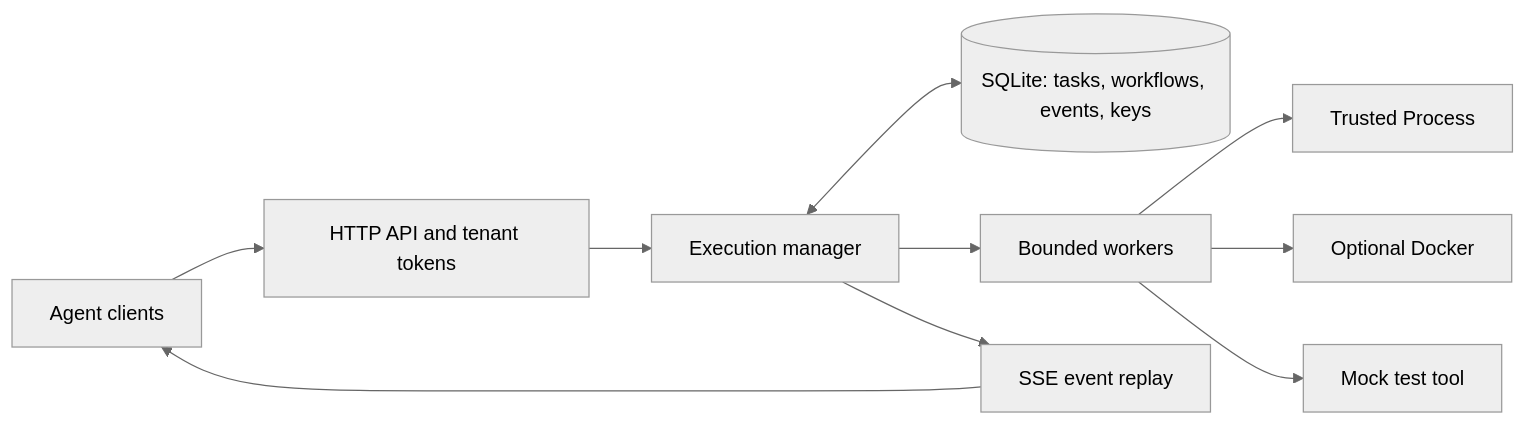
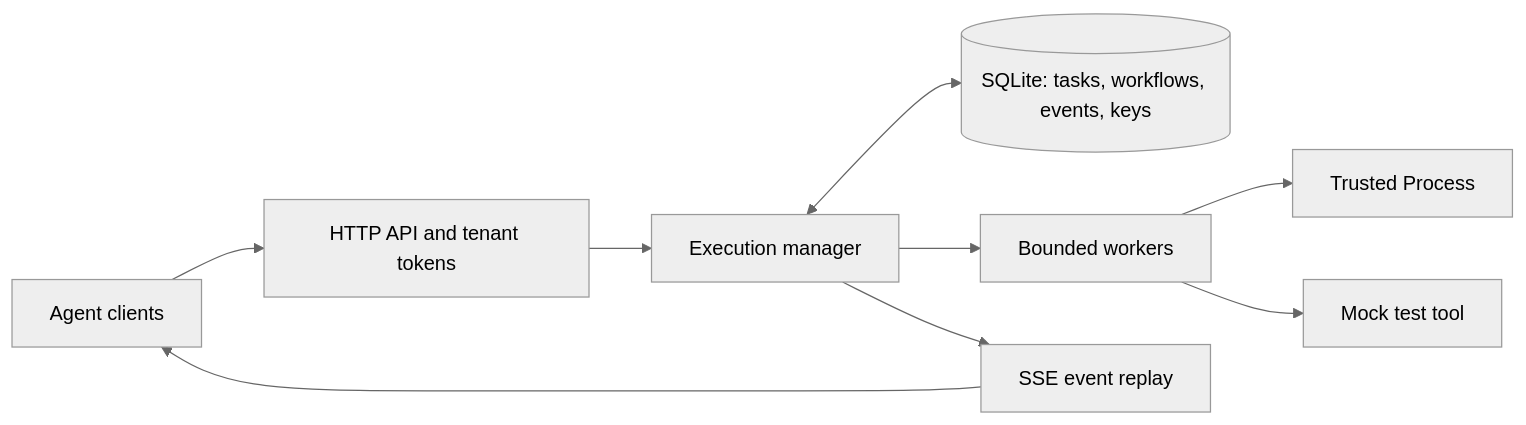
Before and after one commit to haonox/toolane: the diagram in docs/architecture.md, drawn with Mermaid (neutral theme). The commit also changed other lines of this file and 34 other files, not shown here.

````diff
--- a/docs/architecture.md
+++ b/docs/architecture.md
@@ -8,12 +8,11 @@
 ```mermaid
 flowchart LR
     A[Agent clients] --> H[HTTP API and tenant tokens]
     H --> M[Execution manager]
     M <--> S[(SQLite: tasks, workflows, events, keys)]
     M --> W[Bounded workers]
     W --> P[Trusted Process]
-    W --> D[Optional Docker]
     W --> X[Mock test tool]
     M --> E[SSE event replay]
     E --> A
 ```
````
